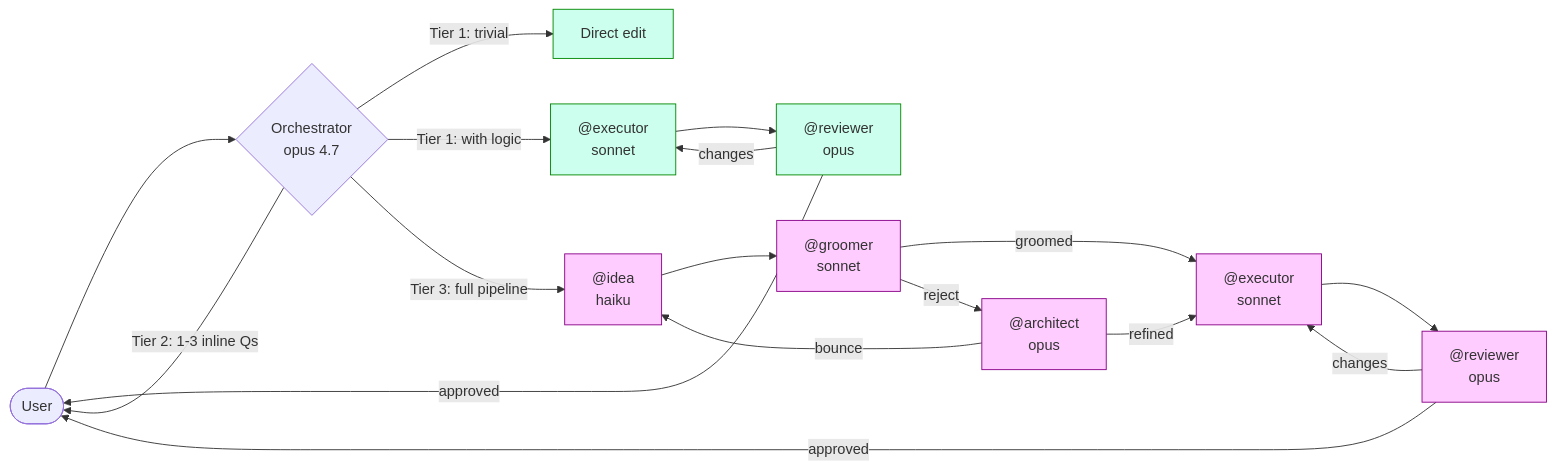
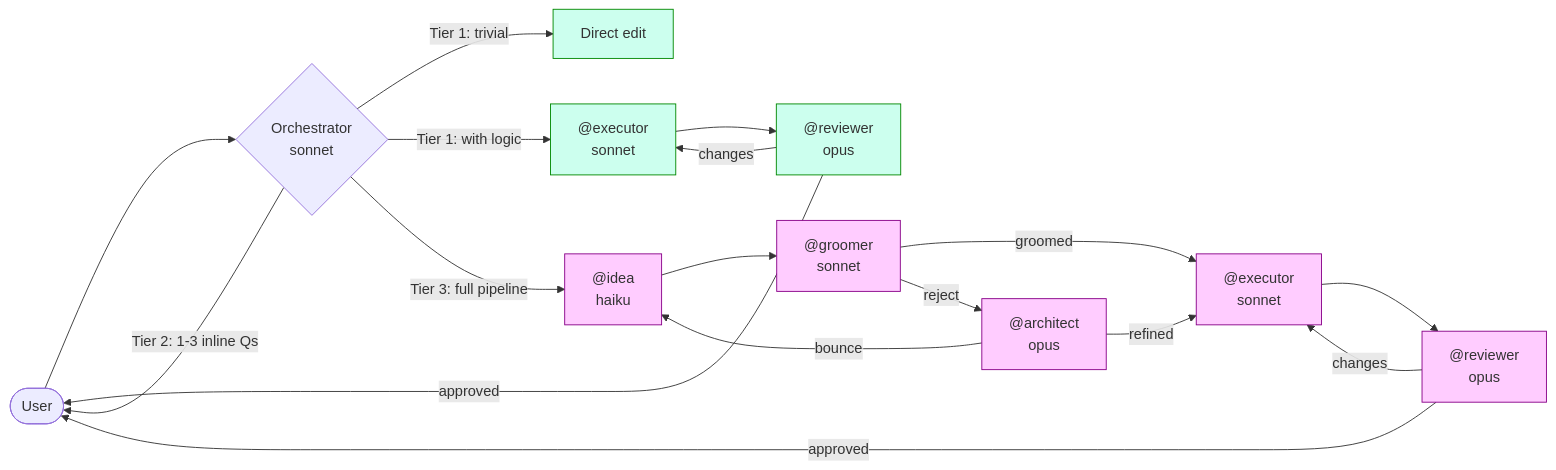
One commit to suchakra/claude-workflow.md changed the diagram in diagrams/01-system-at-a-glance.mmd. Above: the diagram before and after it, drawn with Mermaid. The commit also changed 15 other files, not shown here.

First line of the commit message:
Update orchestrator to sonnet; refresh diagrams and strip version pins

```diff
--- a/diagrams/01-system-at-a-glance.mmd
+++ b/diagrams/01-system-at-a-glance.mmd
@@ -1,22 +1,22 @@
 flowchart LR
-    U([User]) --> O{Orchestrator<br/>opus 4.7}
+    U([User]) --> O{Orchestrator<br/>sonnet}
     O -- Tier 1: trivial --> A1[Direct edit]
     O -- Tier 1: with logic --> EX1["@executor<br/>sonnet"]
     O -- Tier 2: 1-3 inline Qs --> U
     O -- Tier 3: full pipeline --> ID["@idea<br/>haiku"]
     ID --> GR["@groomer<br/>sonnet"]
     GR -- groomed --> EX2["@executor<br/>sonnet"]
     GR -- reject --> AR["@architect<br/>opus"]
     AR -- refined --> EX2
     AR -- bounce --> ID
     EX1 --> RV1["@reviewer<br/>opus"]
     EX2 --> RV2["@reviewer<br/>opus"]
     RV1 -- approved --> U
     RV2 -- approved --> U
     RV1 -- changes --> EX1
     RV2 -- changes --> EX2
 
     classDef tier1 fill:#cfe,stroke:#080;
     classDef tier3 fill:#fcf,stroke:#808;
     class A1,EX1,RV1 tier1;
     class ID,GR,AR,EX2,RV2 tier3;
```
